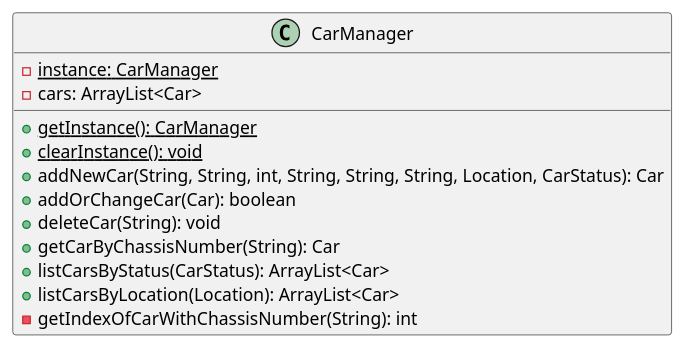
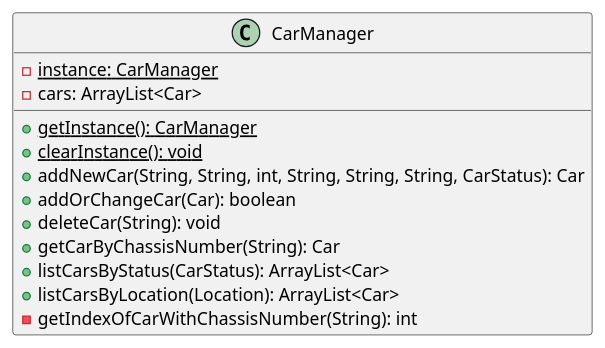
Before and after one commit to fh-erfurt/1234Altwagen: the diagram in readmeFiles/CarManager.iuml, drawn with PlantUML. The commit also changed 7 other files, not shown here.

Commit message:
fixed UML Diagrams

```diff
--- a/readmeFiles/CarManager.iuml
+++ b/readmeFiles/CarManager.iuml
@@ -1,15 +1,15 @@
 @startuml
 class CarManager {
     {static} -instance: CarManager
     -cars: ArrayList<Car>
     {static} +getInstance(): CarManager
     {static} +clearInstance(): void
-    +addNewCar(String, String, int, String, String, String, Location, CarStatus): Car
+    +addNewCar(String, String, int, String, String, String, CarStatus): Car
     +addOrChangeCar(Car): boolean
     +deleteCar(String): void
     +getCarByChassisNumber(String): Car
     +listCarsByStatus(CarStatus): ArrayList<Car>
     +listCarsByLocation(Location): ArrayList<Car>
     -getIndexOfCarWithChassisNumber(String): int
 }
 @enduml
```
